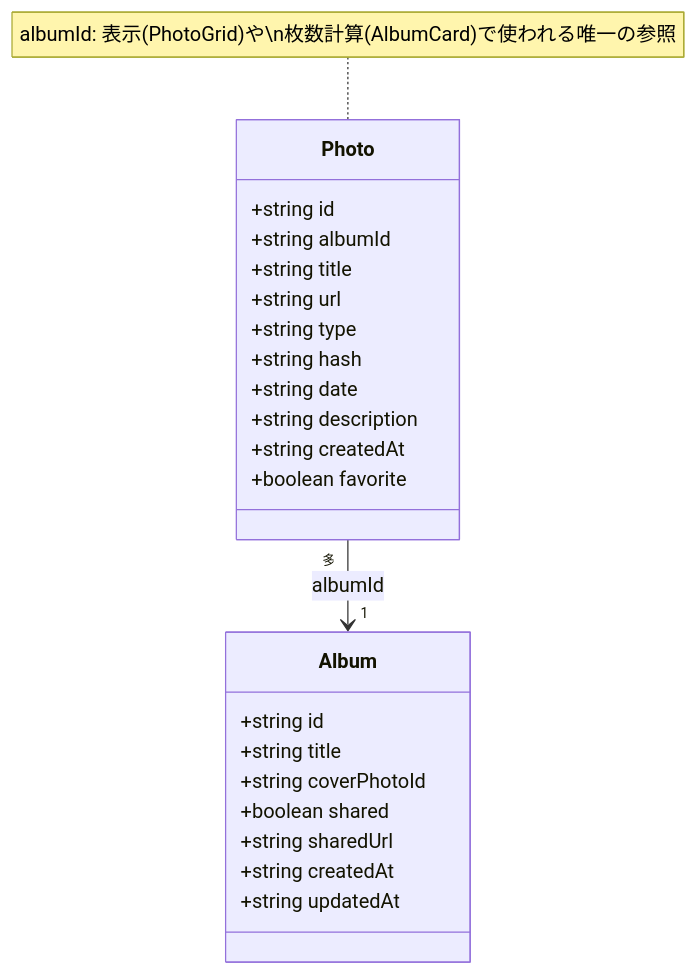
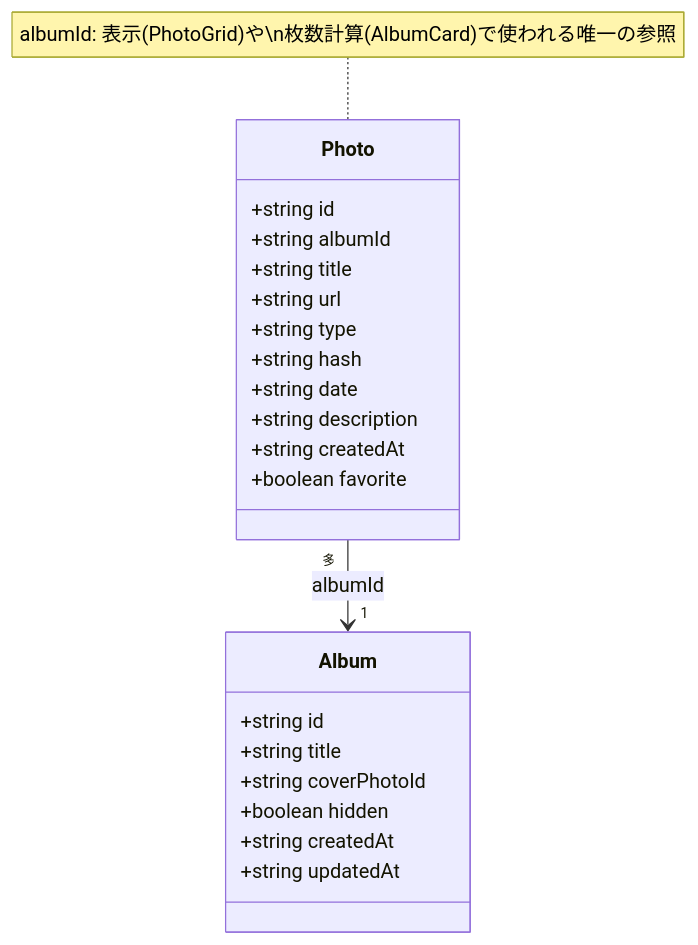
Before and after one commit to kkoisland/photo-showcase: the second of 2 diagrams in README.md, drawn with Mermaid. The commit also changed other lines of this file, not shown here.

````diff
--- a/README.md
+++ b/README.md
@@ -143,29 +143,28 @@
 ```mermaid
 classDiagram
     class Photo {
         +string id
         +string albumId
         +string title
         +string url
         +string type
         +string hash
         +string date
         +string description
         +string createdAt
         +boolean favorite
     }
 
     class Album {
         +string id
         +string title
         +string coverPhotoId
-        +boolean shared
-        +string sharedUrl
+        +boolean hidden
         +string createdAt
         +string updatedAt
     }
 
     Photo "多" --> "1" Album : albumId
 
     note for Photo "albumId: 表示(PhotoGrid)や\n枚数計算(AlbumCard)で使われる唯一の参照"
 ```
````
